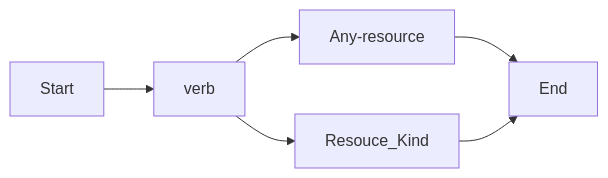
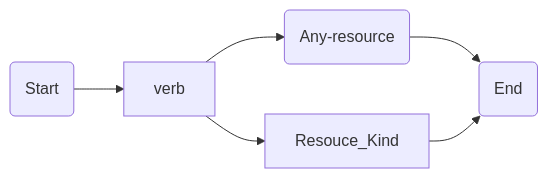
The diagram in cloud-computing/oci/iam.md (nonsugar-go/study), drawn with Mermaid before and after one commit.

````diff
--- a/cloud-computing/oci/iam.md
+++ b/cloud-computing/oci/iam.md
@@ -7,9 +7,9 @@
 ```mermaid
 flowchart LR
 
-Start --> verb
-verb --> Any-resource
-verb --> Resouce_Kind
-Any-resource --> End
-Resouce_Kind --> End
+S(Start) --> V[verb]
+V --> AR(Any-resource)
+V --> RK[Resouce_Kind]
+AR --> E(End)
+RK --> E
 ```
````
